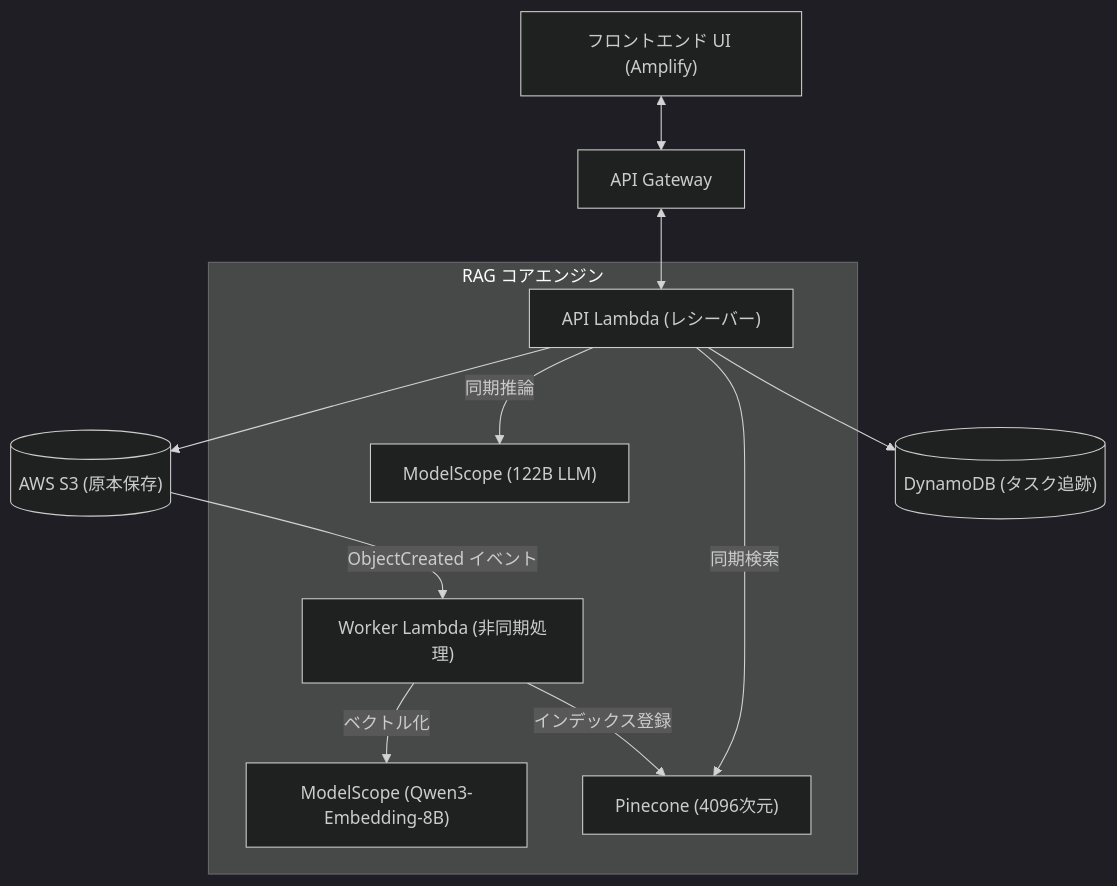
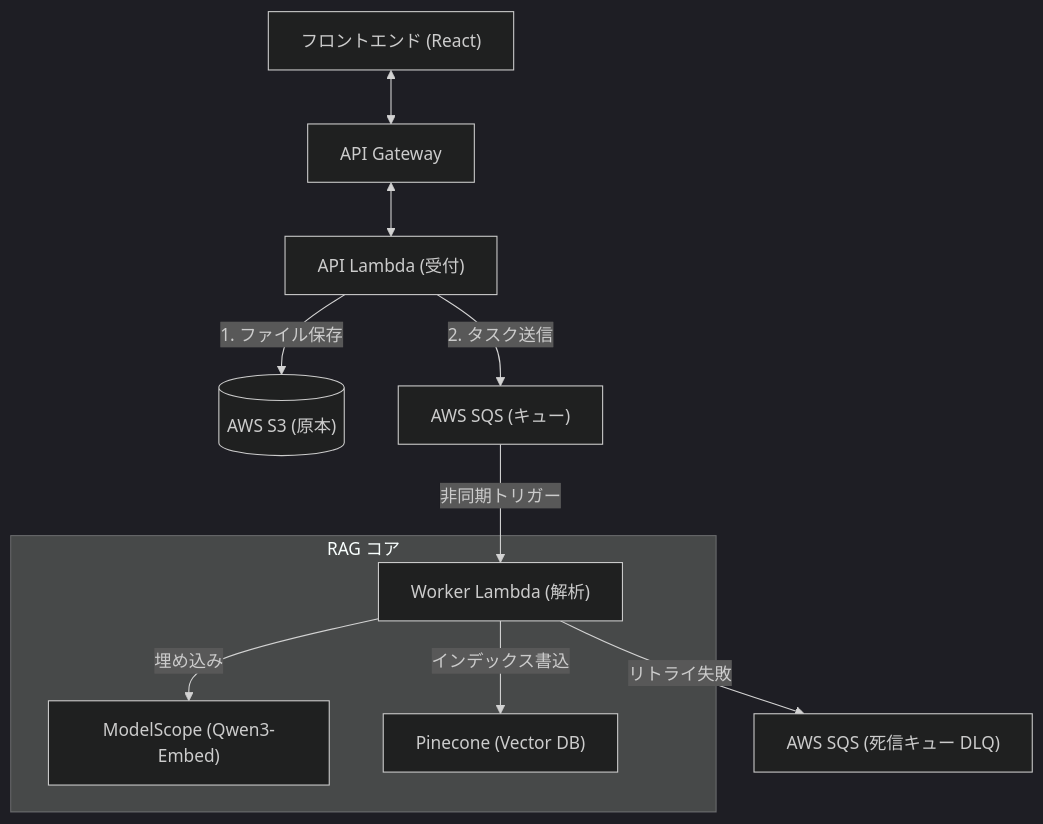
Before and after one commit to supermt1986/aws_notebooklm: the first of 3 diagrams in implementation_plan_ja.md, drawn with Mermaid (dark theme). The commit also changed other lines of this file and 4 other files, not shown here.

Commit message:
feat: implement SQS-based load leveling for asynchronous RAG

````diff
--- a/implementation_plan_ja.md
+++ b/implementation_plan_ja.md
@@ -10,18 +10,16 @@
 ```mermaid
 graph TD
-    Client["フロントエンド UI (Amplify)"] <--> APIGW["API Gateway"]
-    APIGW <--> Lambda_API["API Lambda (レシーバー)"]
+    Client["フロントエンド (React)"] <--> APIGW["API Gateway"]
+    APIGW <--> Lambda_API["API Lambda (受付)"]
     
-    Lambda_API --> S3[("AWS S3 (原本保存)")]
-    Lambda_API --> DB_Tasks[("DynamoDB (タスク追跡)")]
+    Lambda_API -- "1. ファイル保存" --> S3[("AWS S3 (原本)")]
+    Lambda_API -- "2. タスク送信" --> SQS["AWS SQS (キュー)"]
     
-    S3 -- "ObjectCreated イベント" --> Lambda_Worker["Worker Lambda (非同期処理)"]
+    SQS -- "非同期トリガー" --> Lambda_Worker["Worker Lambda (解析)"]
+    Lambda_Worker -- "リトライ失敗" --> DLQ["AWS SQS (死信キュー DLQ)"]
     
-    subgraph RAG コアエンジン
-        Lambda_Worker -- "ベクトル化" --> MSE["ModelScope (Qwen3-Embedding-8B)"]
-        Lambda_Worker -- "インデックス登録" --> PC["Pinecone (4096次元)"]
-        
-        Lambda_API -- "同期検索" --> PC
-        Lambda_API -- "同期推論" --> MSL["ModelScope (122B LLM)"]
+    subgraph RAG コア
+        Lambda_Worker -- "埋め込み" --> MSE["ModelScope (Qwen3-Embed)"]
+        Lambda_Worker -- "インデックス書込" --> PC["Pinecone (Vector DB)"]
     end
 ```
````
